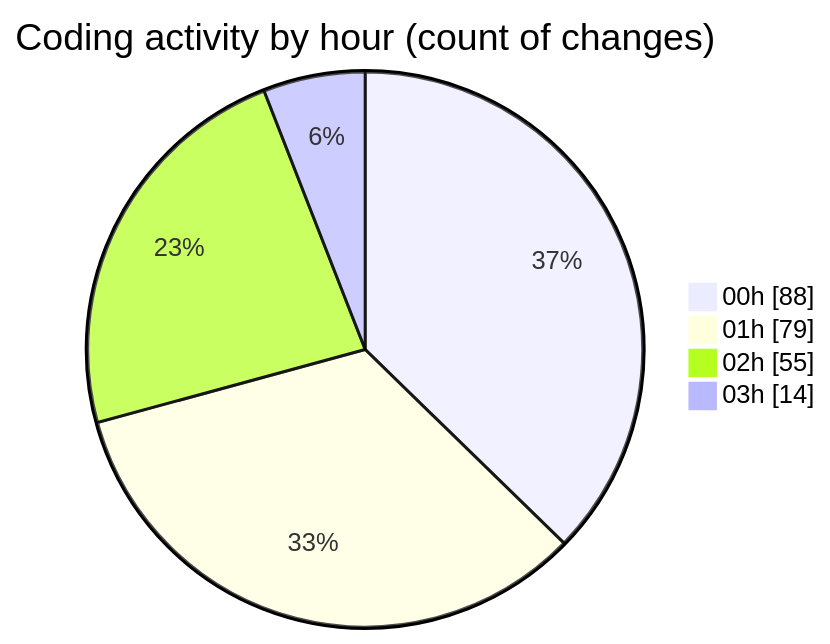
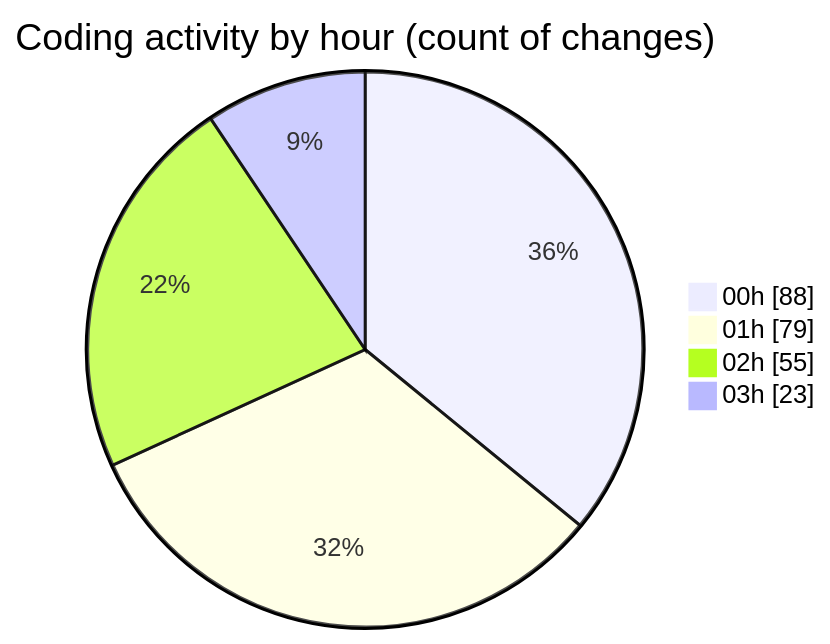
The second of 2 diagrams in 2025-08-16/rentotp/README.md (lephambinh05/code-tracking), drawn with Mermaid before and after one commit. The commit also changed other lines of this file and 1 other file, not shown here.

````diff
--- a/2025-08-16/rentotp/README.md
+++ b/2025-08-16/rentotp/README.md
@@ -56,8 +57,8 @@
 ```mermaid
 pie showData
 title Coding activity by hour (count of changes)
 "00h" : 88
 "01h" : 79
 "02h" : 55
-"03h" : 14
+"03h" : 23
 ```
````
